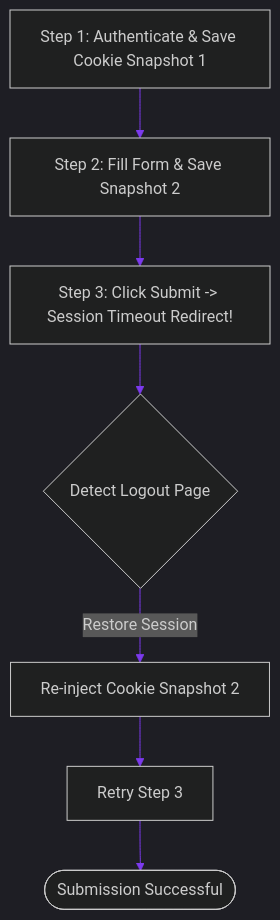
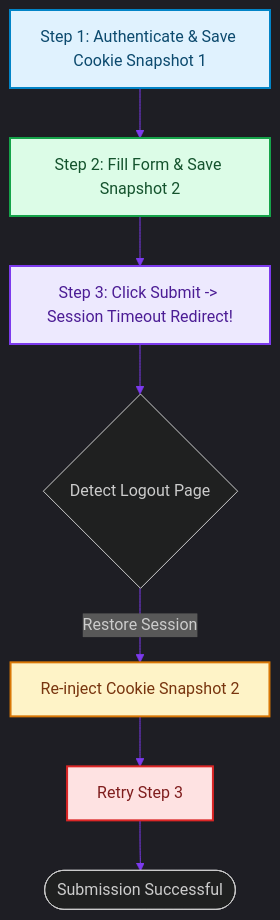
The diagram in blog/posts/browser-session-replay-recovery-navigation-loops.md (akmalkhaniub/akmalkhaniub.github.io), drawn with Mermaid before and after one commit. The commit also changed other lines of this file and 1291 other files, not shown here.

First line of the commit message:
feat(catalog): unique covers, scholarly references, and diagram palettes

````diff
--- a/blog/posts/browser-session-replay-recovery-navigation-loops.md
+++ b/blog/posts/browser-session-replay-recovery-navigation-loops.md
@@ -16,12 +16,23 @@
 ```mermaid
 %%{init: {'theme': 'dark', 'themeVariables': { 'primaryColor': '#7c3aed', 'primaryTextColor': '#f3f4f6', 'primaryBorderColor': '#a78bfa', 'lineColor': '#7c3aed', 'secondaryColor': '#111827', 'tertiaryColor': '#0b0f19'}}}%%
 flowchart TD
-    Step1[Step 1: Authenticate & Save Cookie Snapshot 1] --> Step2[Step 2: Fill Form & Save Snapshot 2]
-    Step2 --> Step3[Step 3: Click Submit -> Session Timeout Redirect!]
+    Step1["Step 1: Authenticate & Save Cookie Snapshot 1"] --> Step2["Step 2: Fill Form & Save Snapshot 2"]
+    Step2 --> Step3["Step 3: Click Submit -> Session Timeout Redirect!"]
     
     Step3 --> Intercept{Detect Logout Page}
-    Intercept -->|Restore Session| ReInject[Re-inject Cookie Snapshot 2]
+    Intercept -->|Restore Session| ReInject["Re-inject Cookie Snapshot 2"]
     
-    ReInject --> Retry[Retry Step 3]
+    ReInject --> Retry["Retry Step 3"]
     Retry --> Success([Submission Successful])
+
+classDef green fill:#dcfce7,stroke:#16a34a,stroke-width:2px,color:#14532d;
+classDef red fill:#fee2e2,stroke:#dc2626,stroke-width:2px,color:#7f1d1d;
+classDef blue fill:#e0f2fe,stroke:#0284c7,stroke-width:2px,color:#0c4a6e;
+classDef yellow fill:#fef3c7,stroke:#d97706,stroke-width:2px,color:#78350f;
+classDef purple fill:#ede9fe,stroke:#7c3aed,stroke-width:2px,color:#4c1d95;
+class Step1 blue
+class Step2 green
+class Step3 purple
+class ReInject yellow
+class Retry red
 ```
````
